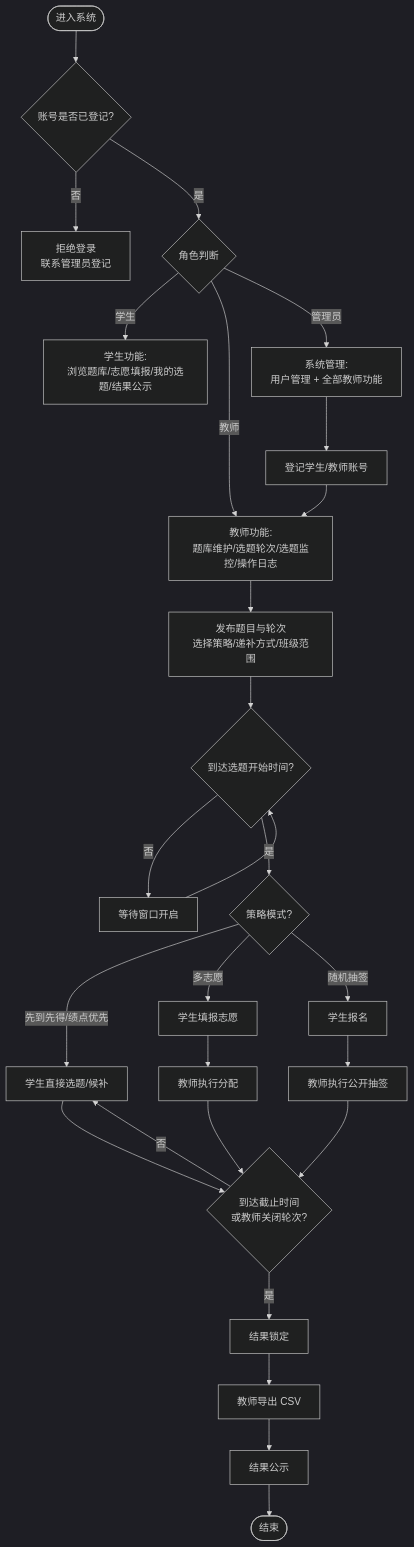
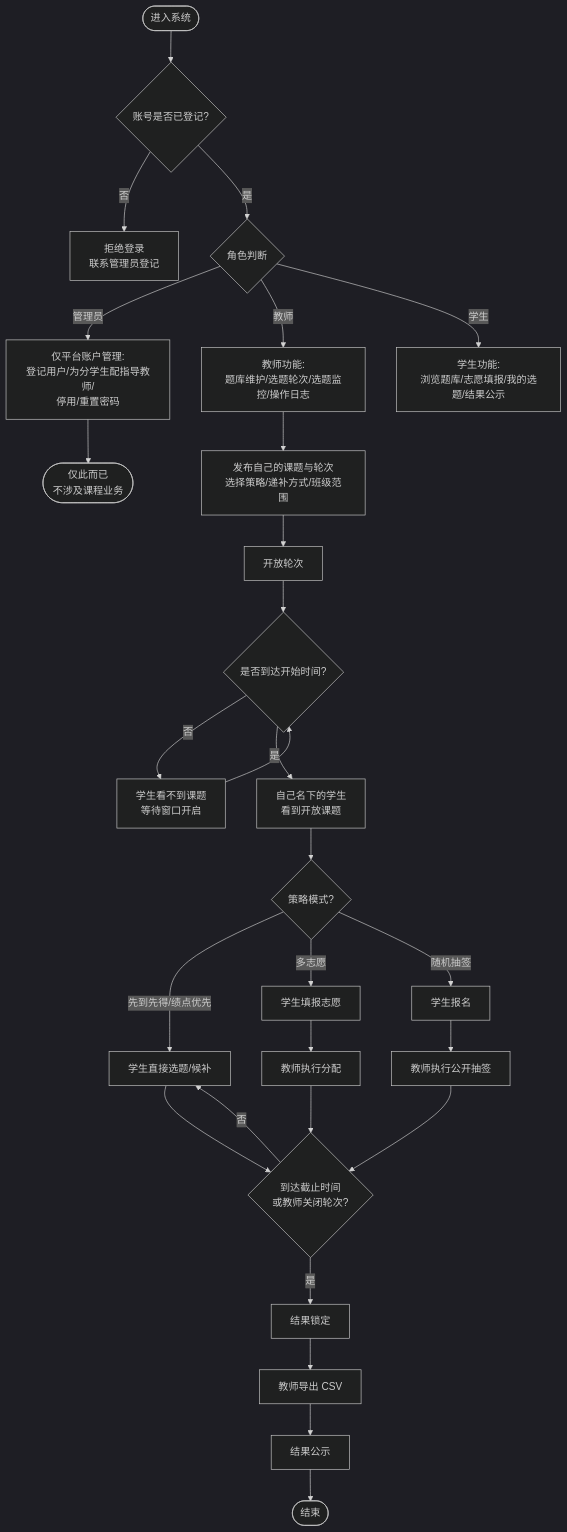
One commit to haixiaoyuntian/topicgo changed the first of 5 diagrams in student-topic-system/wiki/06-使用流程.md. Above: the diagram before and after it, drawn with Mermaid (dark theme). The commit also changed other lines of this file and 11 other files, not shown here.

````diff
--- a/student-topic-system/wiki/06-使用流程.md
+++ b/student-topic-system/wiki/06-使用流程.md
@@ -18,24 +18,25 @@
 ```mermaid
 flowchart TD
     Start([进入系统]) --> Login{账号是否已登记?}
     Login -- 否 --> Reject[拒绝登录<br/>联系管理员登记]
     Login -- 是 --> Role{角色判断}
+    Role -- 管理员 --> AdminMenu[仅平台账户管理:<br/>登记用户/为分学生配指导教师/<br/>停用/重置密码]
+    Role -- 教师 --> TeaMenu[教师功能:<br/>题库维护/选题轮次/选题监控/操作日志]
     Role -- 学生 --> StuMenu[学生功能:<br/>浏览题库/志愿填报/我的选题/结果公示]
-    Role -- 教师 --> TeaMenu[教师功能:<br/>题库维护/选题轮次/选题监控/操作日志]
-    Role -- 管理员 --> AdminMenu[系统管理:<br/>用户管理 + 全部教师功能]
-    AdminMenu --> Register[登记学生/教师账号]
-    Register --> TeaMenu
-    TeaMenu --> Publish[发布题目与轮次<br/>选择策略/递补方式/班级范围]
-    Publish --> Window{到达选题开始时间?}
-    Window -- 否 --> Wait[等待窗口开启] --> Window
-    Window -- 是 --> Mode{策略模式?}
+    AdminMenu --> Done1([仅此而已<br/>不涉及课程业务])
+    TeaMenu --> Publish[发布自己的课题与轮次<br/>选择策略/递补方式/班级范围]
+    Publish --> OpenRound[开放轮次]
+    OpenRound --> Window{是否到达开始时间?}
+    Window -- 否 --> Wait[学生看不到课题<br/>等待窗口开启] --> Window
+    Window -- 是 --> Visible[自己名下的学生<br/>看到开放课题]
+    Visible --> Mode{策略模式?}
     Mode -- 先到先得/绩点优先 --> Direct[学生直接选题/候补]
     Mode -- 多志愿 --> Wish[学生填报志愿] --> Allocate[教师执行分配]
     Mode -- 随机抽签 --> Entry[学生报名] --> Lottery[教师执行公开抽签]
     Direct --> EndWin{到达截止时间<br/>或教师关闭轮次?}
     Allocate --> EndWin
     Lottery --> EndWin
     EndWin -- 否 --> Direct
     EndWin -- 是 --> Lock[结果锁定] --> Export[教师导出 CSV] --> Public[结果公示]
     Public --> Finish([结束])
 ```
````
